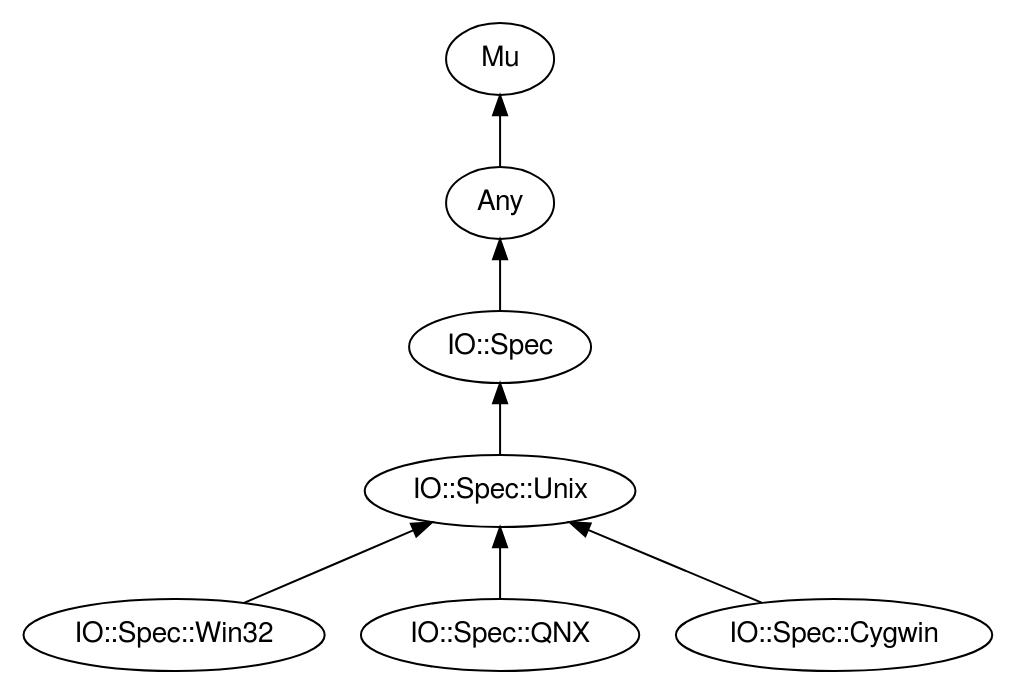
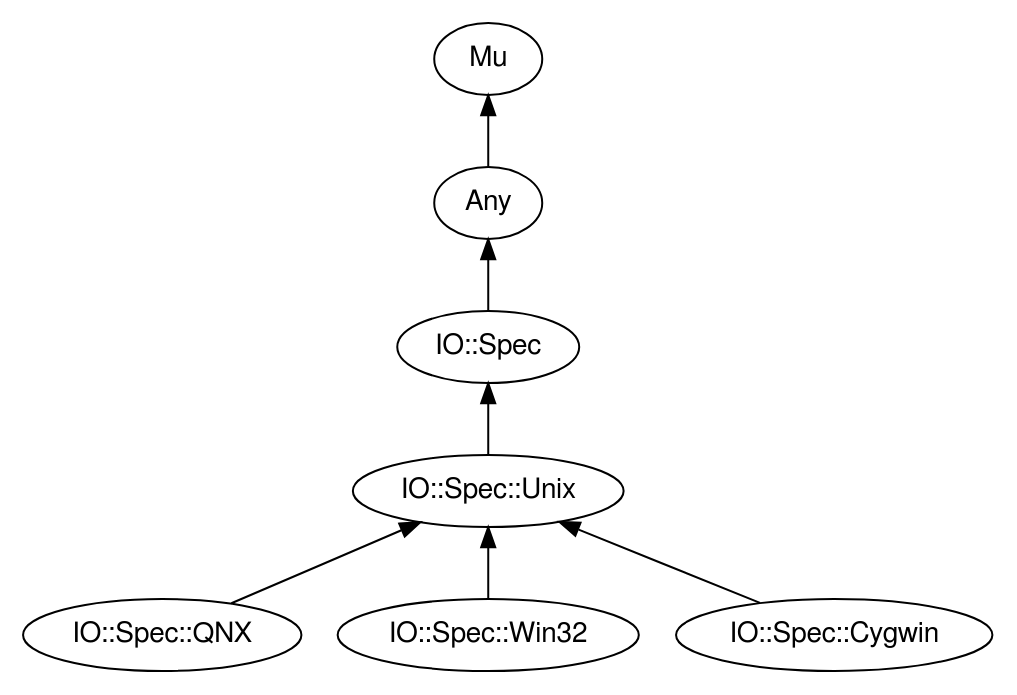
The diagram in images/type-graph-IO::Spec::Unix.svg.dot (perl6docs/perl6docs.github.io), drawn with Graphviz before and after one commit. The commit also changed other lines of this file and 4446 other files, not shown here.

```diff
--- a/images/type-graph-IO::Spec::Unix.svg.dot
+++ b/images/type-graph-IO::Spec::Unix.svg.dot
@@ -1,23 +1,23 @@
 digraph "perl6-type-graph" {
     rankdir=BT;
     splines=polyline;
     overlap=false; 
     // Types
     "IO::Spec::Unix" [color="#000000", fontcolor="#000000", href="/type/IO::Spec::Unix", fontname="FreeSans"];
     "Mu" [color="#000000", fontcolor="#000000", href="/type/Mu", fontname="FreeSans"];
     "Any" [color="#000000", fontcolor="#000000", href="/type/Any", fontname="FreeSans"];
     "IO::Spec" [color="#000000", fontcolor="#000000", href="/type/IO::Spec", fontname="FreeSans"];
+    "IO::Spec::QNX" [color="#000000", fontcolor="#000000", href="/type/IO::Spec::QNX", fontname="FreeSans"];
     "IO::Spec::Win32" [color="#000000", fontcolor="#000000", href="/type/IO::Spec::Win32", fontname="FreeSans"];
-    "IO::Spec::QNX" [color="#000000", fontcolor="#000000", href="/type/IO::Spec::QNX", fontname="FreeSans"];
     "IO::Spec::Cygwin" [color="#000000", fontcolor="#000000", href="/type/IO::Spec::Cygwin", fontname="FreeSans"];
 
     // Superclasses
     "IO::Spec::Unix" -> "IO::Spec" [color="#000000"];
     "Any" -> "Mu" [color="#000000"];
     "IO::Spec" -> "Any" [color="#000000"];
+    "IO::Spec::QNX" -> "IO::Spec::Unix" [color="#000000"];
     "IO::Spec::Win32" -> "IO::Spec::Unix" [color="#000000"];
-    "IO::Spec::QNX" -> "IO::Spec::Unix" [color="#000000"];
     "IO::Spec::Cygwin" -> "IO::Spec::Unix" [color="#000000"];
 
     // Roles
 }
```
